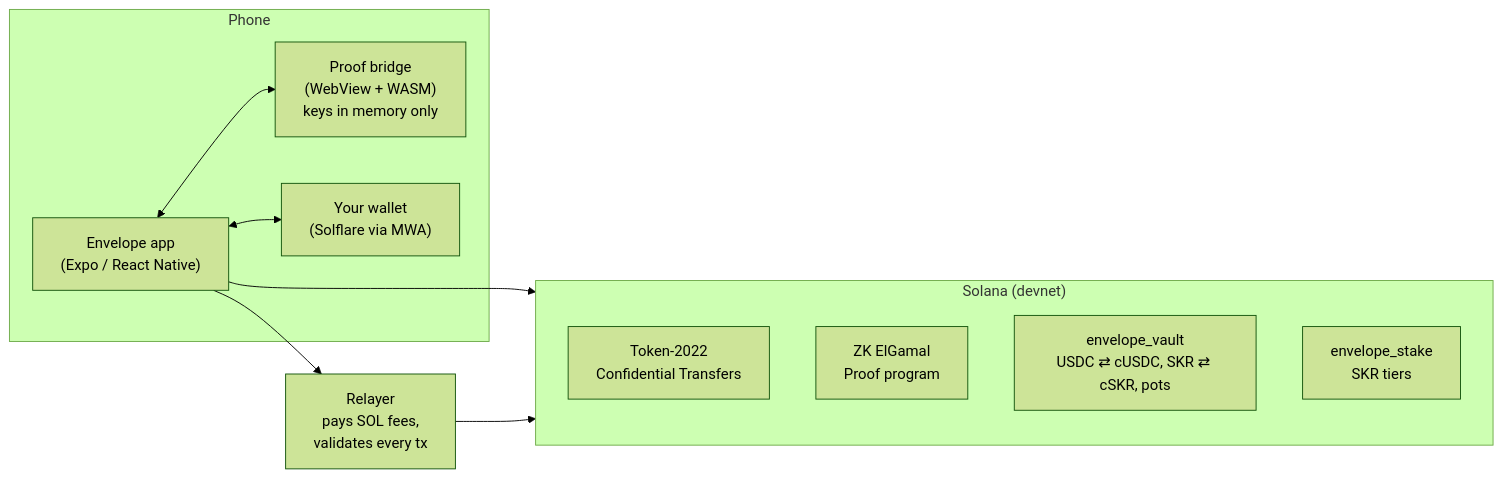
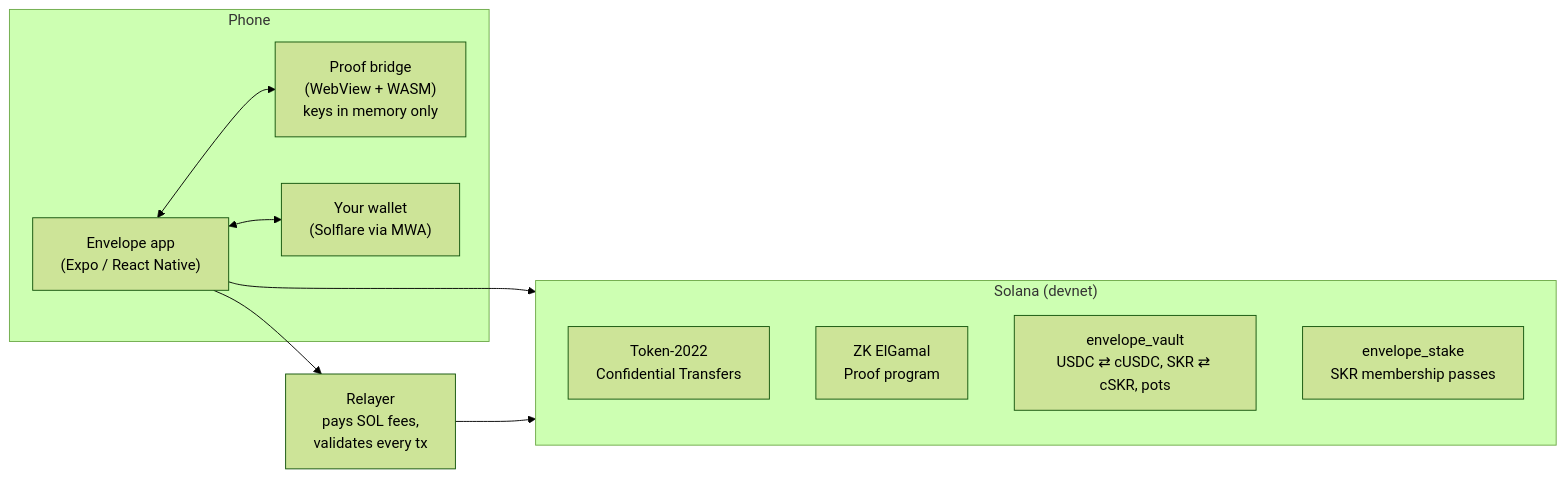
One commit to ETIM-PAUL/Envelope changed the diagram in README.md. Above: the diagram before and after it, drawn with Mermaid (forest theme). The commit also changed other lines of this file and 65 other files, not shown here.

Commit message:
Replaced SRK staking with SKR membership pass and SKR as fuel

````diff
--- a/README.md
+++ b/README.md
@@ -49,20 +49,20 @@
 ```mermaid
 flowchart LR
   subgraph Phone
     App["Envelope app<br/>(Expo / React Native)"]
     Bridge["Proof bridge<br/>(WebView + WASM)<br/>keys in memory only"]
     Wallet["Your wallet<br/>(Solflare via MWA)"]
     App <--> Bridge
     App <--> Wallet
   end
   Relayer["Relayer<br/>pays SOL fees,<br/>validates every tx"]
   subgraph Solana["Solana (devnet)"]
     CT["Token-2022<br/>Confidential Transfers"]
     ZK["ZK ElGamal<br/>Proof program"]
     Vault["envelope_vault<br/>USDC ⇄ cUSDC, SKR ⇄ cSKR, pots"]
-    Stake["envelope_stake<br/>SKR tiers"]
+    Stake["envelope_stake<br/>SKR membership passes"]
   end
   App --> Relayer
   App --> Solana
   Relayer --> Solana
 ```
````
